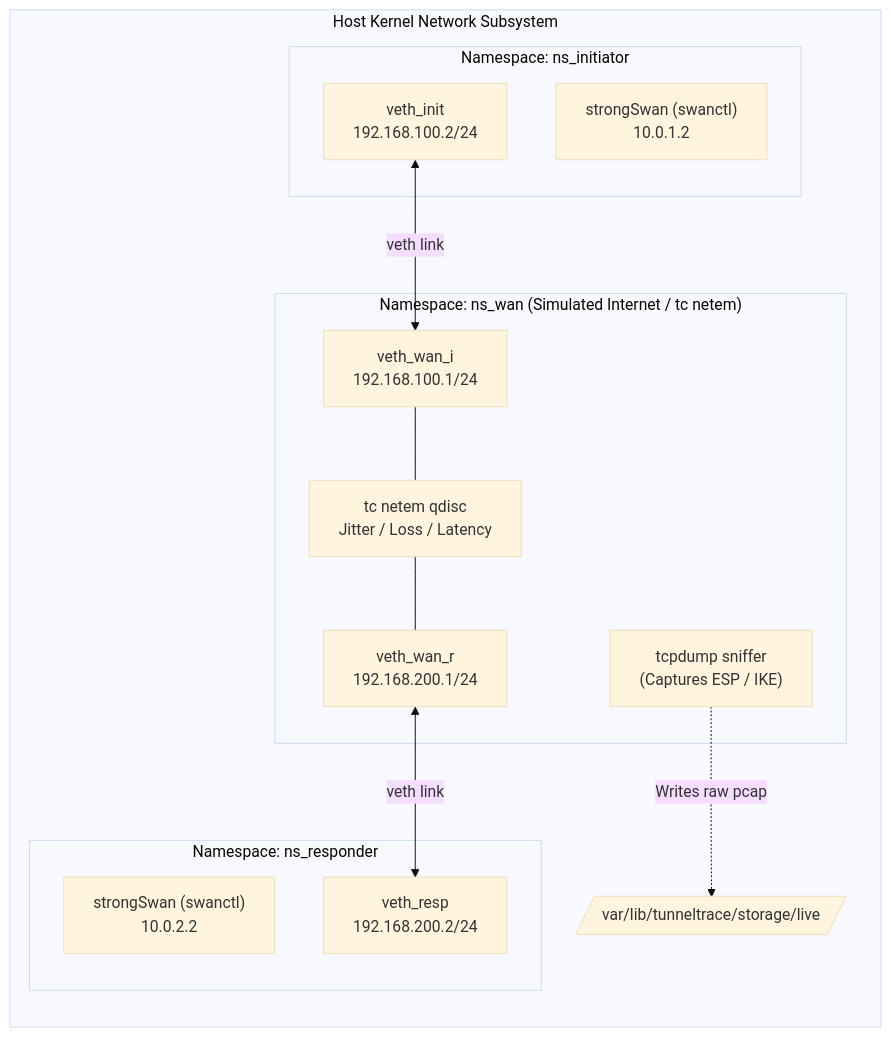
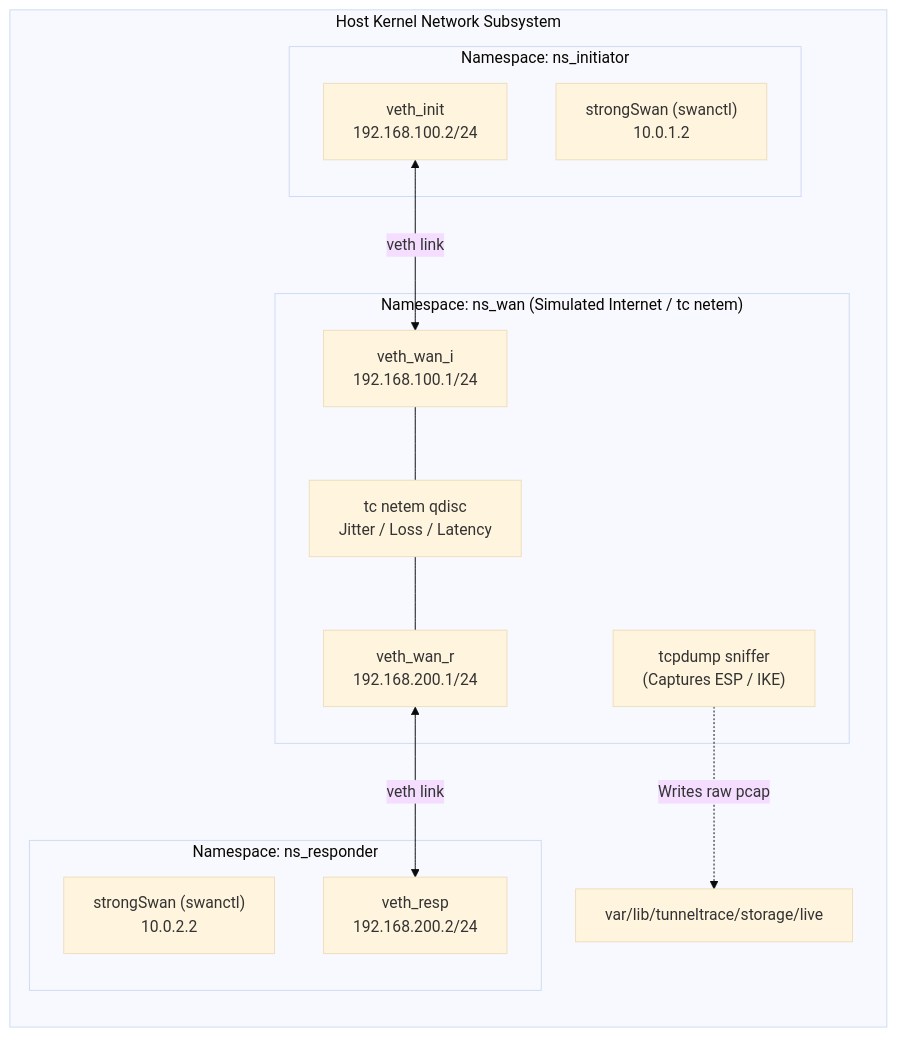
Before and after one commit to sharancode3/TunnelTrace-AI: the fourth of 15 diagrams in docs/architecture/DEPLOYMENT.md, drawn with Mermaid (base theme). The commit also changed other lines of this file and 14 other files, not shown here.

Commit message:
fix(docs): standardize all Mermaid diagram syntax for GitHub rendering

````diff
--- a/docs/architecture/DEPLOYMENT.md
+++ b/docs/architecture/DEPLOYMENT.md
@@ -440,26 +446,28 @@
 ```mermaid
+
 graph LR
-    subgraph "Host Kernel Network Subsystem"
-        subgraph "Namespace: ns_initiator"
-            I_SWAN["strongSwan (swanctl)<br>10.0.1.2"]
-            I_VETH["veth_init<br>192.168.100.2/24"]
+    subgraph Host_Kernel_Network_Subsystem ["Host Kernel Network Subsystem"]
+        subgraph Namespace__ns_initiator ["Namespace: ns_initiator"]
+            I_SWAN["strongSwan (swanctl)<br/>10.0.1.2"]
+            I_VETH["veth_init<br/>192.168.100.2/24"]
         end
 
-        subgraph "Namespace: ns_wan (Simulated Internet / tc netem)"
-            W_INIT["veth_wan_i<br>192.168.100.1/24"]
-            W_RESP["veth_wan_r<br>192.168.200.1/24"]
-            NETEM["tc netem qdisc<br>Jitter / Loss / Latency"]
-            SNIFF["tcpdump sniffer<br>(Captures ESP / IKE)"]
+        subgraph Namespace__ns_wan__Simulated_Internet___tc_netem ["Namespace: ns_wan (Simulated Internet / tc netem)"]
+            W_INIT["veth_wan_i<br/>192.168.100.1/24"]
+            W_RESP["veth_wan_r<br/>192.168.200.1/24"]
+            NETEM["tc netem qdisc<br/>Jitter / Loss / Latency"]
+            SNIFF["tcpdump sniffer<br/>(Captures ESP / IKE)"]
         end
 
-        subgraph "Namespace: ns_responder"
-            R_SWAN["strongSwan (swanctl)<br>10.0.2.2"]
-            R_VETH["veth_resp<br>192.168.200.2/24"]
+        subgraph Namespace__ns_responder ["Namespace: ns_responder"]
+            R_SWAN["strongSwan (swanctl)<br/>10.0.2.2"]
+            R_VETH["veth_resp<br/>192.168.200.2/24"]
         end
 
-        I_VETH <-->|veth link| W_INIT
+        I_VETH <-->|"veth link"| W_INIT
         W_INIT --- NETEM --- W_RESP
-        W_RESP <-->|veth link| R_VETH
-        SNIFF -.->|Writes raw pcap| OUT[/var/lib/tunneltrace/storage/live/]
+        W_RESP <-->|"veth link"| R_VETH
+        SNIFF -.->|"Writes raw pcap"| OUT["var/lib/tunneltrace/storage/live"]
     end
+
 ```
````
